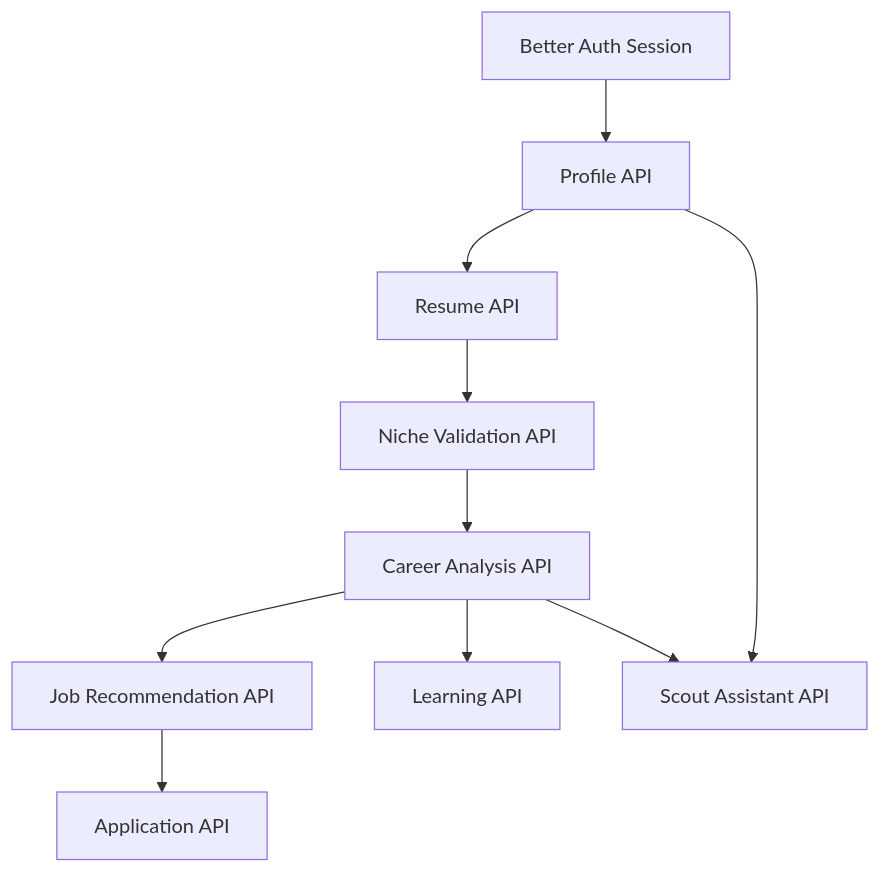
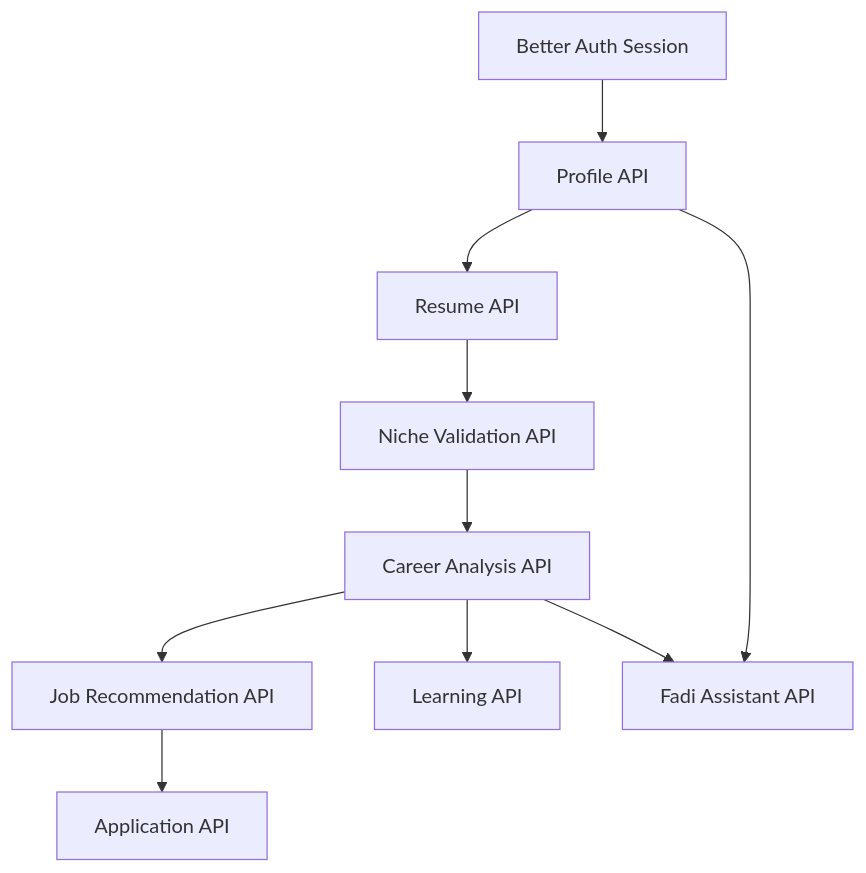
Before and after one commit to Mirzzie/Fadi: the diagram in docs/MVP_API_REQUIREMENTS.md, drawn with Mermaid. The commit also changed other lines of this file and 158 other files, not shown here.

First line of the commit message:
refactor!: rename agent Scout→Fadi and brand CareerOS→FadiOS

````diff
--- a/docs/MVP_API_REQUIREMENTS.md
+++ b/docs/MVP_API_REQUIREMENTS.md
@@ -90,12 +90,12 @@
 ```mermaid
 flowchart TD
     Auth[Better Auth Session] --> Profile[Profile API]
     Profile --> Resume[Resume API]
     Resume --> Niche[Niche Validation API]
     Niche --> Analysis[Career Analysis API]
     Analysis --> Jobs[Job Recommendation API]
     Analysis --> Learning[Learning API]
     Jobs --> Applications[Application API]
-    Profile --> Assistant[Scout Assistant API]
+    Profile --> Assistant[Fadi Assistant API]
     Analysis --> Assistant
 ```
````
